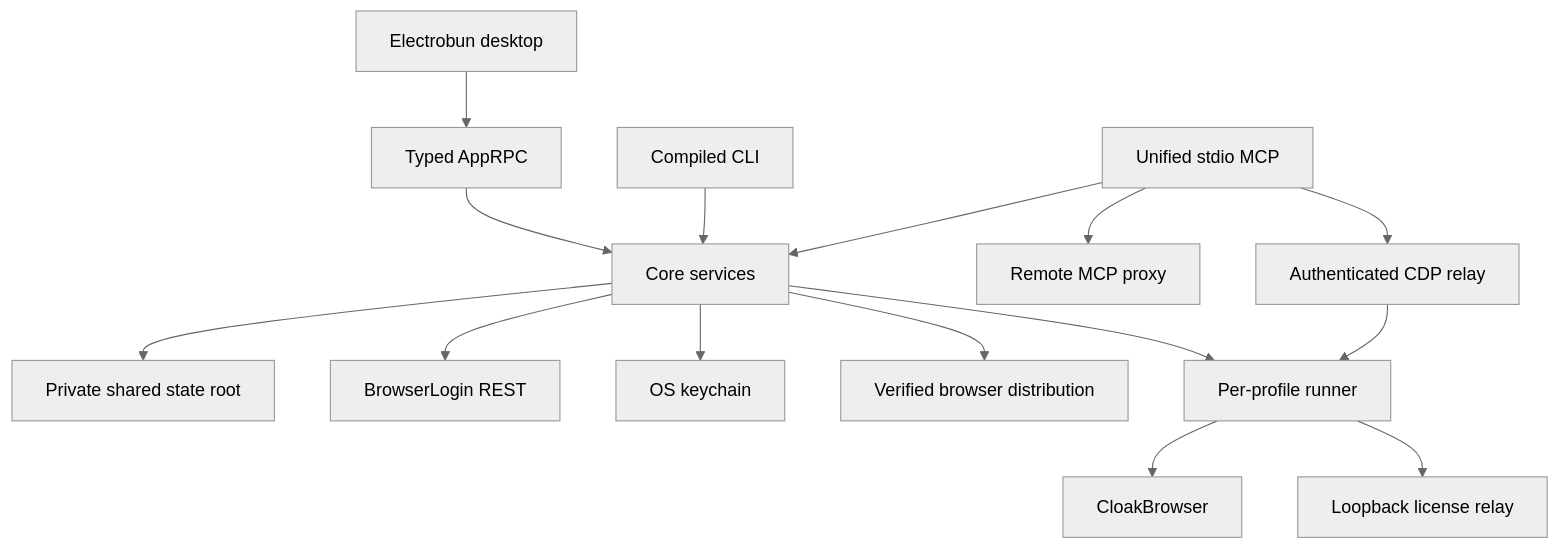
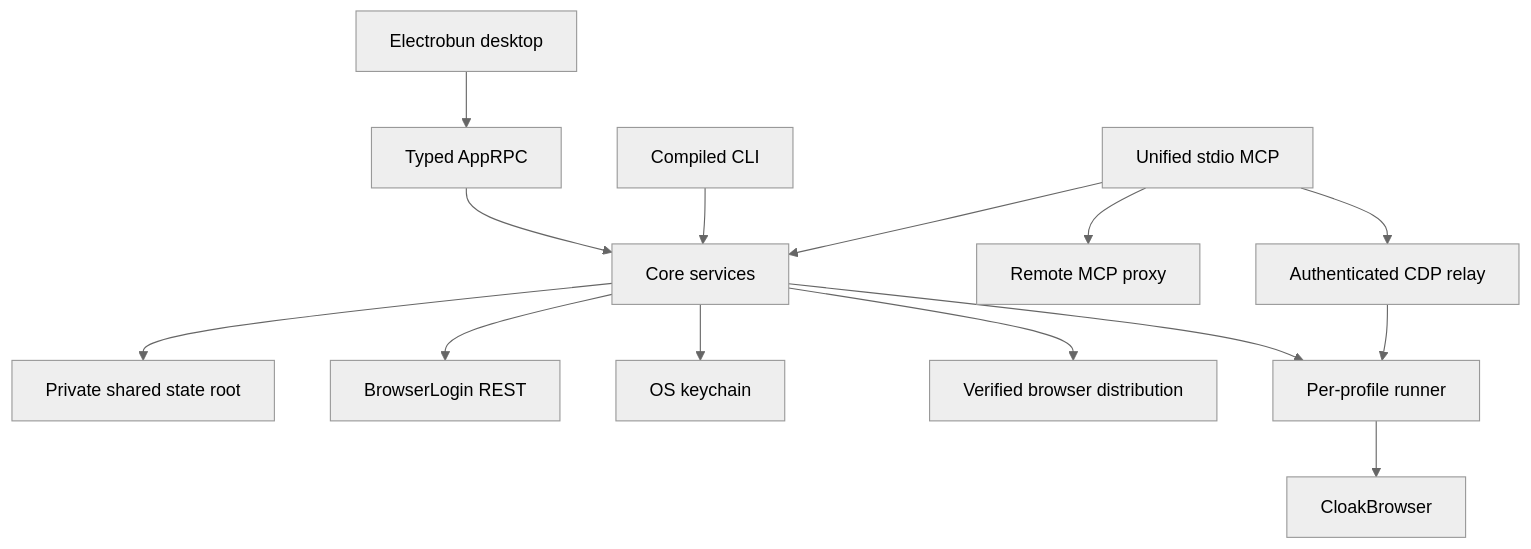
One commit to iamkhalidbashir/browserlogin-client changed the diagram in docs/architecture.md. Above: the diagram before and after it, drawn with Mermaid (neutral theme). The commit also changed other lines of this file and 1 other file, not shown here.

Commit message:
docs: remove license relay references
Ultraworked with [Sisyphus](https://github.com/code-yeongyu/oh-my-openagent)

````diff
--- a/docs/architecture.md
+++ b/docs/architecture.md
@@ -5,17 +5,16 @@
 ```mermaid
 flowchart TD
   UI[Electrobun desktop] --> RPC[Typed AppRPC]
   CLI[Compiled CLI] --> Core[Core services]
   MCP[Unified stdio MCP] --> Core
   RPC --> Core
   Core --> State[Private shared state root]
   Core --> API[BrowserLogin REST]
   Core --> Keychain[OS keychain]
   Core --> Dist[Verified browser distribution]
   Core --> Runner[Per-profile runner]
   Runner --> Browser[CloakBrowser]
-  Runner --> License[Loopback license relay]
   MCP --> Remote[Remote MCP proxy]
   MCP --> CDP[Authenticated CDP relay]
   CDP --> Runner
 ```
````
